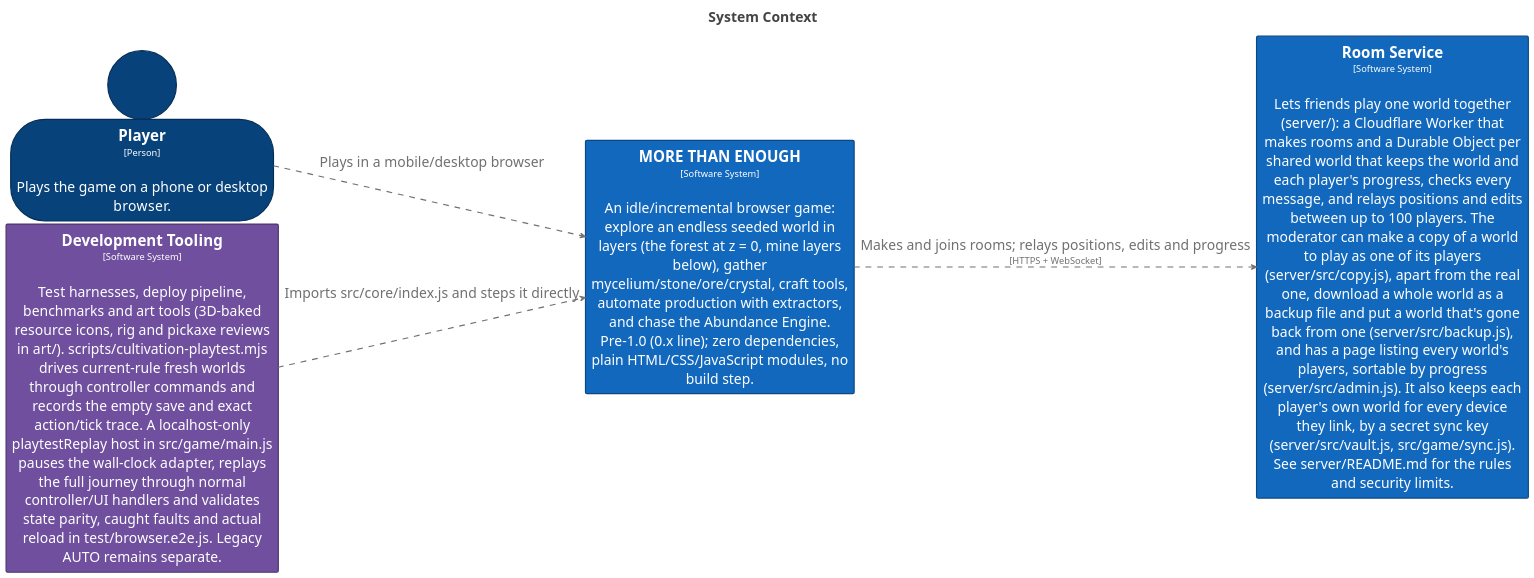
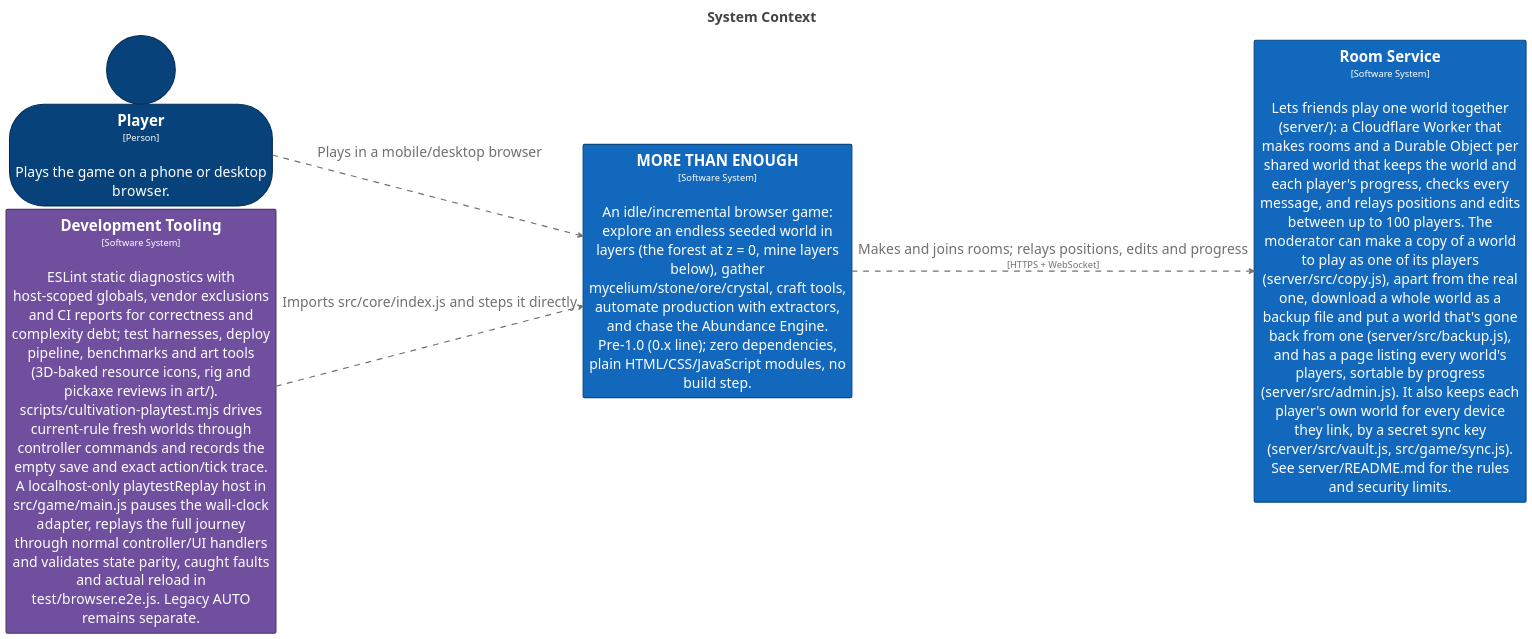
One commit to bitkojine/more-than-enough changed the diagram in structurizr/diagrams/SystemContext.puml. Above: the diagram before and after it, drawn with PlantUML. The commit also changed 31 other files, not shown here.

Commit message:
Release 0.180.7: remove NEW badges and add static analysis reports

```diff
--- a/structurizr/diagrams/SystemContext.puml
+++ b/structurizr/diagrams/SystemContext.puml
@@ -2,83 +2,83 @@
 @startuml
 title <size:24>System Context</size>
 
 set separator none
 left to right direction
 skinparam ranksep 20
 skinparam nodesep 5
 hide stereotype
 
 <style>
   root {
     BackgroundColor: #ffffff;
     FontColor: #444444;
   }
   // Element,Person
   .Element-RWxlbWVudCxQZXJzb24= {
     BackgroundColor: #08427b;
     LineColor: #052e56;
     LineStyle: 0;
     LineThickness: 2;
     FontColor: #ffffff;
     FontSize: 24;
     HorizontalAlignment: center;
     Shadowing: 0;
     MaximumWidth: 450;
   }
   // Element,Software System
   .Element-RWxlbWVudCxTb2Z0d2FyZSBTeXN0ZW0= {
     BackgroundColor: #1168bd;
     LineColor: #0b4884;
     LineStyle: 0;
     LineThickness: 2;
     FontColor: #ffffff;
     FontSize: 24;
     HorizontalAlignment: center;
     Shadowing: 0;
     MaximumWidth: 450;
   }
   // Element,Software System,Game
   .Element-RWxlbWVudCxTb2Z0d2FyZSBTeXN0ZW0sR2FtZQ== {
     BackgroundColor: #1168bd;
     LineColor: #0b4884;
     LineStyle: 0;
     LineThickness: 2;
     FontColor: #ffffff;
     FontSize: 24;
     HorizontalAlignment: center;
     Shadowing: 0;
     MaximumWidth: 450;
   }
   // Element,Software System,Tooling
   .Element-RWxlbWVudCxTb2Z0d2FyZSBTeXN0ZW0sVG9vbGluZw== {
     BackgroundColor: #6f4f9e;
     LineColor: #4d376e;
     LineStyle: 0;
     LineThickness: 2;
     FontColor: #ffffff;
     FontSize: 24;
     HorizontalAlignment: center;
     Shadowing: 0;
     MaximumWidth: 450;
   }
   // Relationship
   .Relationship-UmVsYXRpb25zaGlw {
     LineThickness: 2;
     LineStyle: 10-10;
     LineColor: #707070;
     FontColor: #707070;
     FontSize: 24;
     MaximumWidth: 200;
   }
 </style>
 
 person "==Player\n<size:16>[Person]</size>\n\nPlays the game on a phone or desktop browser." <<Element-RWxlbWVudCxQZXJzb24=>> as Player
 rectangle "==MORE THAN ENOUGH\n<size:16>[Software System]</size>\n\nAn idle/incremental browser game: explore an endless seeded world in layers (the forest at z = 0, mine layers below), gather mycelium/stone/ore/crystal, craft tools, automate production with extractors, and chase the Abundance Engine. Pre-1.0 (0.x line); zero dependencies, plain HTML/CSS/JavaScript modules, no build step." <<Element-RWxlbWVudCxTb2Z0d2FyZSBTeXN0ZW0sR2FtZQ==>> as MORETHANENOUGH
 rectangle "==Room Service\n<size:16>[Software System]</size>\n\nLets friends play one world together (server/): a Cloudflare Worker that makes rooms and a Durable Object per shared world that keeps the world and each player's progress, checks every message, and relays positions and edits between up to 100 players. The moderator can make a copy of a world to play as one of its players (server/src/copy.js), apart from the real one, download a whole world as a backup file and put a world that's gone back from one (server/src/backup.js), and has a page listing every world's players, sortable by progress (server/src/admin.js). It also keeps each player's own world for every device they link, by a secret sync key (server/src/vault.js, src/game/sync.js). See server/README.md for the rules and security limits." <<Element-RWxlbWVudCxTb2Z0d2FyZSBTeXN0ZW0=>> as RoomService
-rectangle "==Development Tooling\n<size:16>[Software System]</size>\n\nTest harnesses, deploy pipeline, benchmarks and art tools (3D-baked resource icons, rig and pickaxe reviews in art/). scripts/cultivation-playtest.mjs drives current-rule fresh worlds through controller commands and records the empty save and exact action/tick trace. A localhost-only playtestReplay host in src/game/main.js pauses the wall-clock adapter, replays the full journey through normal controller/UI handlers and validates state parity, caught faults and actual reload in test/browser.e2e.js. Legacy AUTO remains separate." <<Element-RWxlbWVudCxTb2Z0d2FyZSBTeXN0ZW0sVG9vbGluZw==>> as DevelopmentTooling
+rectangle "==Development Tooling\n<size:16>[Software System]</size>\n\nESLint static diagnostics with host-scoped globals, vendor exclusions and CI reports for correctness and complexity debt; test harnesses, deploy pipeline, benchmarks and art tools (3D-baked resource icons, rig and pickaxe reviews in art/). scripts/cultivation-playtest.mjs drives current-rule fresh worlds through controller commands and records the empty save and exact action/tick trace. A localhost-only playtestReplay host in src/game/main.js pauses the wall-clock adapter, replays the full journey through normal controller/UI handlers and validates state parity, caught faults and actual reload in test/browser.e2e.js. Legacy AUTO remains separate." <<Element-RWxlbWVudCxTb2Z0d2FyZSBTeXN0ZW0sVG9vbGluZw==>> as DevelopmentTooling
 
 Player --> MORETHANENOUGH <<Relationship-UmVsYXRpb25zaGlw>> : "Plays in a mobile/desktop browser"
 MORETHANENOUGH --> RoomService <<Relationship-UmVsYXRpb25zaGlw>> : "Makes and joins rooms; relays positions, edits and progress\n<size:16>[HTTPS + WebSocket]</size>"
 DevelopmentTooling --> MORETHANENOUGH <<Relationship-UmVsYXRpb25zaGlw>> : "Imports src/core/index.js and steps it directly"
 
 @enduml
```
